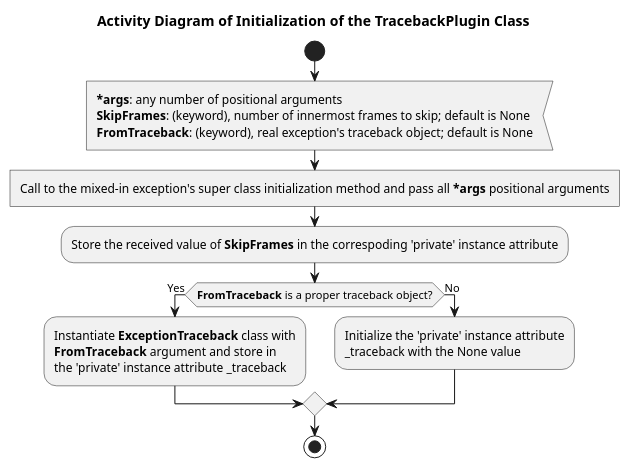
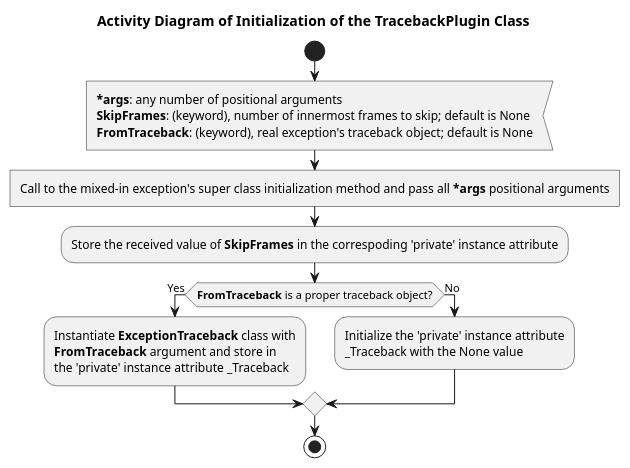
The diagram in Documentation/UML/base_exceptions/traceback_plugin_init.pu (FooBarShebang/introspection_lib), drawn with PlantUML before and after one commit. The commit also changed 16 other files, not shown here.

```diff
--- a/Documentation/UML/base_exceptions/traceback_plugin_init.pu
+++ b/Documentation/UML/base_exceptions/traceback_plugin_init.pu
@@ -1,23 +1,23 @@
 @startuml traceback_plugin_init
 
 title Activity Diagram of Initialization of the TracebackPlugin Class
 
 start
 
 :<b>*args</b>: any number of positional arguments
 <b>SkipFrames</b>: (keyword), number of innermost frames to skip; default is None
 <b>FromTraceback</b>: (keyword), real exception's traceback object; default is None<
 
 :Call to the mixed-in exception's super class initialization method and pass all <b>*args</b> positional arguments]
 
 :Store the received value of <b>SkipFrames</b> in the correspoding 'private' instance attribute;
 
 if (<b>FromTraceback</b> is a proper traceback object?) then (Yes)
-    :Instantiate <b>ExceptionTraceback</b> class with\n<b>FromTraceback</b> argument and store in\nthe 'private' instance attribute _traceback ;
+    :Instantiate <b>ExceptionTraceback</b> class with\n<b>FromTraceback</b> argument and store in\nthe 'private' instance attribute _Traceback ;
 else (No)
-    :Initialize the 'private' instance attribute\n_traceback with the None value;
+    :Initialize the 'private' instance attribute\n_Traceback with the None value;
 endif
 
 stop
 
 @enduml
```
